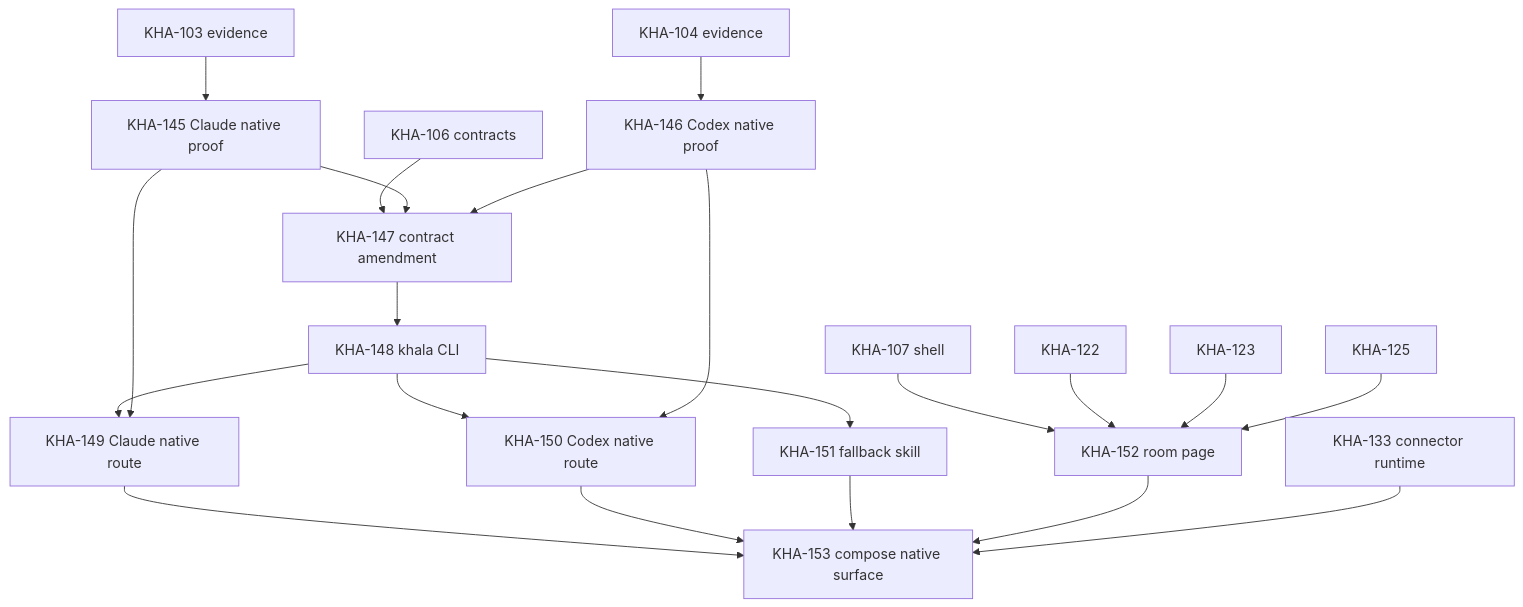
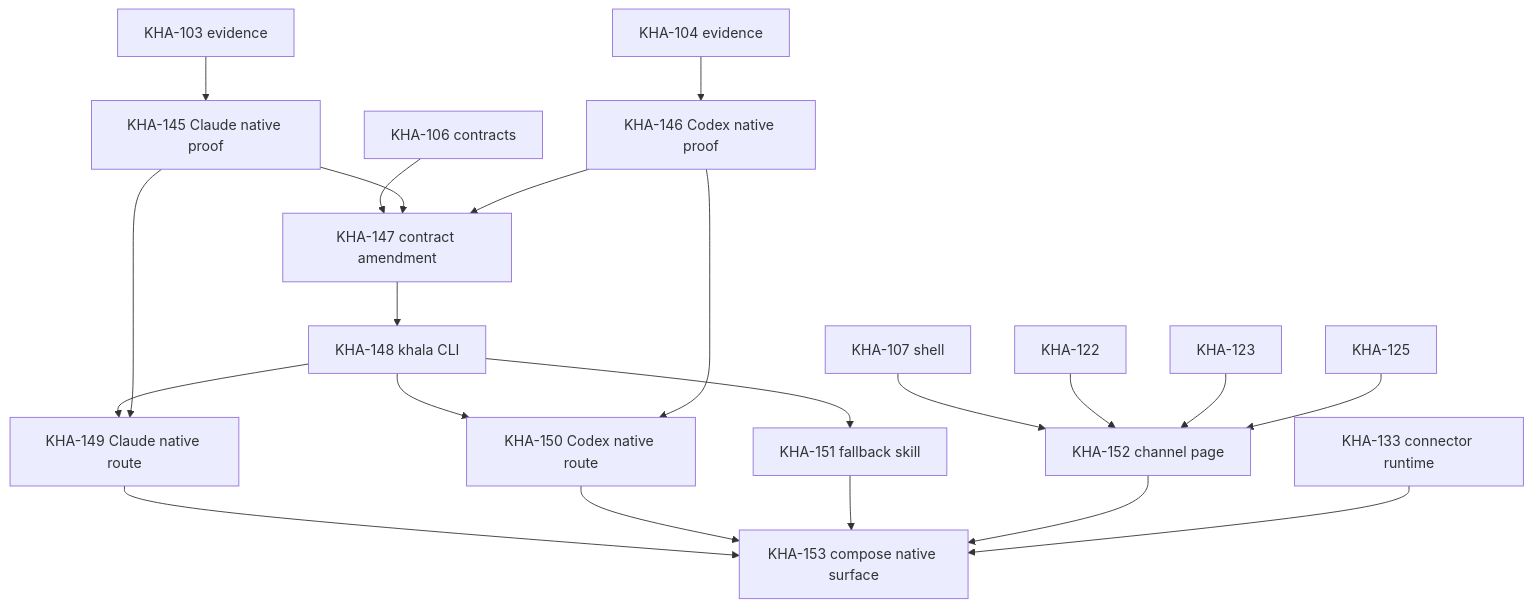
Before and after one commit to aiur-team/khala: the second of 2 diagrams in docs/plans/2026-09-18-kha-145-native-agent-surface-plan.md, drawn with Mermaid. The commit also changed other lines of this file and 211 other files, not shown here.

````diff
--- a/docs/plans/2026-09-18-kha-145-native-agent-surface-plan.md
+++ b/docs/plans/2026-09-18-kha-145-native-agent-surface-plan.md
@@ -212,23 +212,23 @@
 ```mermaid
 graph TD
     K103[KHA-103 evidence] --> K145[KHA-145 Claude native proof]
     K104[KHA-104 evidence] --> K146[KHA-146 Codex native proof]
     K106[KHA-106 contracts] --> K147[KHA-147 contract amendment]
     K145 --> K147
     K146 --> K147
     K147 --> K148[KHA-148 khala CLI]
     K148 --> K149[KHA-149 Claude native route]
     K148 --> K150[KHA-150 Codex native route]
     K148 --> K151[KHA-151 fallback skill]
     K145 --> K149
     K146 --> K150
-    K107[KHA-107 shell] --> K152[KHA-152 room page]
+    K107[KHA-107 shell] --> K152[KHA-152 channel page]
     K122[KHA-122] --> K152
     K123[KHA-123] --> K152
     K125[KHA-125] --> K152
     K149 --> K153[KHA-153 compose native surface]
     K150 --> K153
     K151 --> K153
     K152 --> K153
     K133[KHA-133 connector runtime] --> K153
 ```
````
